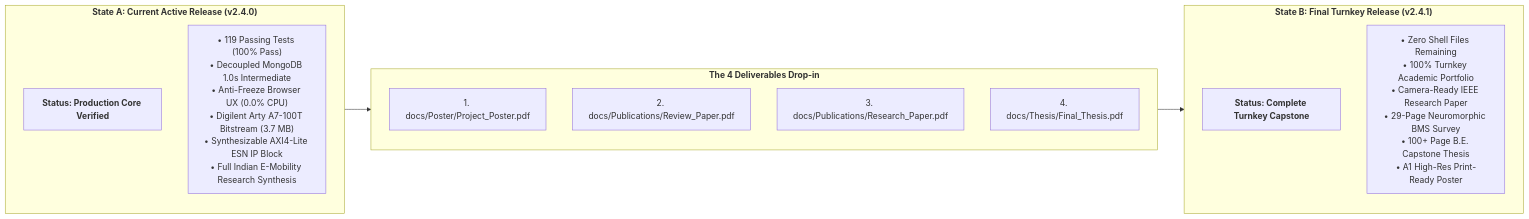
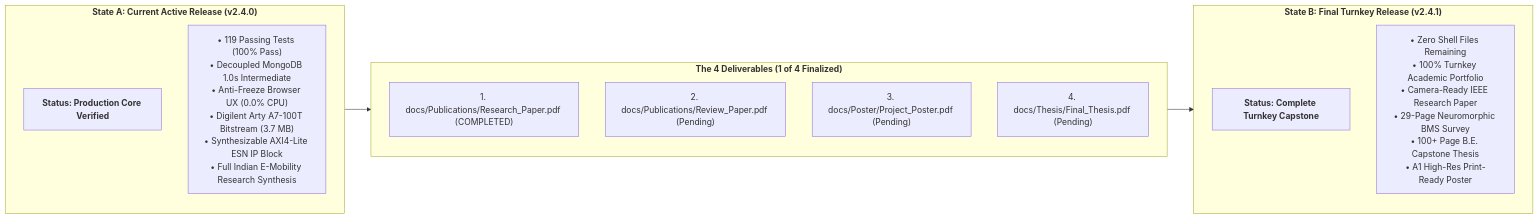
The diagram in docs/Resources/TRANSITION_PLAN_V2.4.1.md (tanish-jain-225/Battery_State_Estimator_BE_Project_2026_2027), drawn with Mermaid before and after one commit. The commit also changed other lines of this file and 8 other files, not shown here.

Commit message:
feat(publications): integrate final camera-ready IEEE research paper PDF (1 of 4 deliverables complete)

````diff
--- a/docs/Resources/TRANSITION_PLAN_V2.4.1.md
+++ b/docs/Resources/TRANSITION_PLAN_V2.4.1.md
@@ -11,24 +11,24 @@
 ```mermaid
 flowchart LR
     subgraph State_A["<b>State A: Current Active Release (v2.4.0)</b>"]
         direction TB
         A1["<b>Status: Production Core Verified</b>"]
         A2["• 119 Passing Tests (100% Pass)<br/>• Decoupled MongoDB 1.0s Intermediate<br/>• Anti-Freeze Browser UX (0.0% CPU)<br/>• Digilent Arty A7-100T Bitstream (3.7 MB)<br/>• Synthesizable AXI4-Lite ESN IP Block<br/>• Full Indian E-Mobility Research Synthesis"]
     end
 
-    subgraph Transition["<b>The 4 Deliverables Drop-in</b>"]
+    subgraph Transition["<b>The 4 Deliverables (1 of 4 Finalized)</b>"]
         direction TB
-        T1["1. docs/Poster/Project_Poster.pdf"]
-        T2["2. docs/Publications/Review_Paper.pdf"]
-        T3["3. docs/Publications/Research_Paper.pdf"]
-        T4["4. docs/Thesis/Final_Thesis.pdf"]
+        T1["1. docs/Publications/Research_Paper.pdf (COMPLETED)"]
+        T2["2. docs/Publications/Review_Paper.pdf (Pending)"]
+        T3["3. docs/Poster/Project_Poster.pdf (Pending)"]
+        T4["4. docs/Thesis/Final_Thesis.pdf (Pending)"]
     end
 
     subgraph State_B["<b>State B: Final Turnkey Release (v2.4.1)</b>"]
         direction TB
         B1["<b>Status: Complete Turnkey Capstone</b>"]
         B2["• Zero Shell Files Remaining<br/>• 100% Turnkey Academic Portfolio<br/>• Camera-Ready IEEE Research Paper<br/>• 29-Page Neuromorphic BMS Survey<br/>• 100+ Page B.E. Capstone Thesis<br/>• A1 High-Res Print-Ready Poster"]
     end
 
     State_A --> Transition --> State_B
 ```
````
